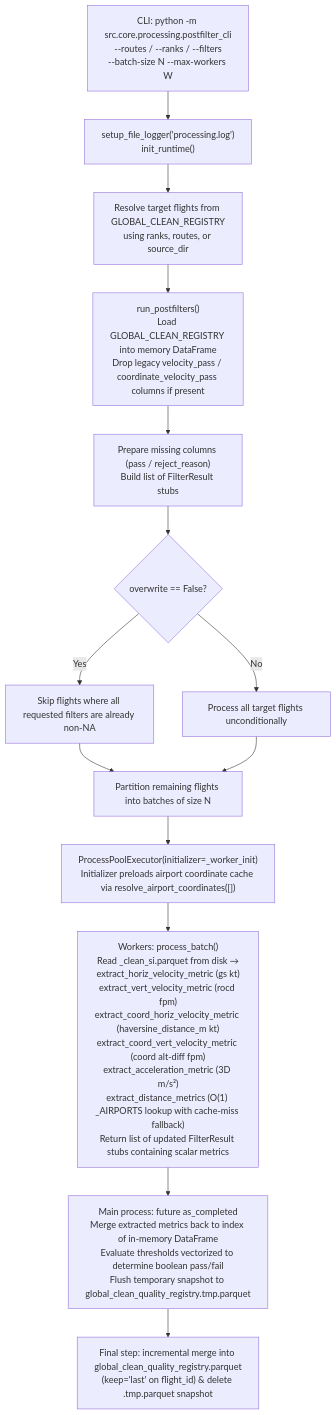
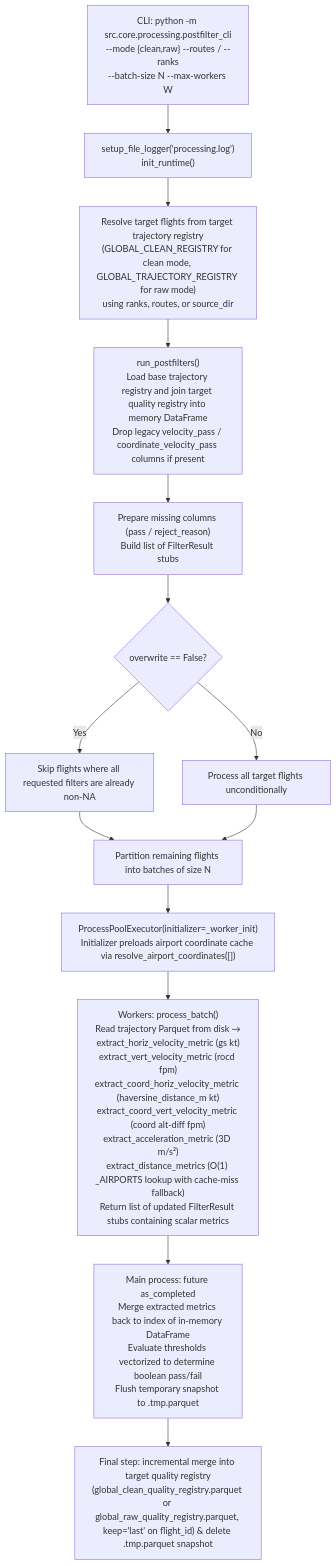
The second of 3 diagrams in src/core/processing/README.md (Bauzement123/flight-physics-pipeline), drawn with Mermaid before and after one commit. The commit also changed other lines of this file and 12 other files, not shown here.

Commit message:
feat(processing): refactor postfilter for dual-mode raw & clean trajectory quality manifests and SI unit metric extraction

````diff
--- a/src/core/processing/README.md
+++ b/src/core/processing/README.md
@@ -257,16 +257,16 @@
 ```mermaid
 flowchart TD
-    A["CLI: python -m src.core.processing.postfilter_cli\n--routes / --ranks / --filters\n--batch-size N --max-workers W"] --> B["setup_file_logger('processing.log')\ninit_runtime()"]
-    B --> C["Resolve target flights from GLOBAL_CLEAN_REGISTRY\nusing ranks, routes, or source_dir"]
-    C --> D["run_postfilters()\nLoad GLOBAL_CLEAN_REGISTRY into memory DataFrame\nDrop legacy velocity_pass / coordinate_velocity_pass columns if present"]
+    A["CLI: python -m src.core.processing.postfilter_cli\n--mode {clean,raw} --routes / --ranks\n--batch-size N --max-workers W"] --> B["setup_file_logger('processing.log')\ninit_runtime()"]
+    B --> C["Resolve target flights from target trajectory registry\n(GLOBAL_CLEAN_REGISTRY for clean mode, GLOBAL_TRAJECTORY_REGISTRY for raw mode)\nusing ranks, routes, or source_dir"]
+    C --> D["run_postfilters()\nLoad base trajectory registry and join target quality registry into memory DataFrame\nDrop legacy velocity_pass / coordinate_velocity_pass columns if present"]
     D --> E["Prepare missing columns (pass / reject_reason)\nBuild list of FilterResult stubs"]
     E --> F{"overwrite == False?"}
     F -->|Yes| G["Skip flights where all requested filters are already non-NA"]
     F -->|No| H["Process all target flights unconditionally"]
     G --> I["Partition remaining flights into batches of size N"]
     H --> I
     I --> J["ProcessPoolExecutor(initializer=_worker_init)\nInitializer preloads airport coordinate cache via resolve_airport_coordinates([])"]
-    J --> K["Workers: process_batch()\nRead _clean_si.parquet from disk →\nextract_horiz_velocity_metric (gs kt)\nextract_vert_velocity_metric (rocd fpm)\nextract_coord_horiz_velocity_metric (haversine_distance_m kt)\nextract_coord_vert_velocity_metric (coord alt-diff fpm)\nextract_acceleration_metric (3D m/s²)\nextract_distance_metrics (O(1) _AIRPORTS lookup with cache-miss fallback)\nReturn list of updated FilterResult stubs containing scalar metrics"]
-    K --> L["Main process: future as_completed\nMerge extracted metrics back to index of in-memory DataFrame\nEvaluate thresholds vectorized to determine boolean pass/fail\nFlush temporary snapshot to global_clean_quality_registry.tmp.parquet"]
-    L --> M["Final step: incremental merge into global_clean_quality_registry.parquet\n(keep='last' on flight_id) & delete .tmp.parquet snapshot"]
+    J --> K["Workers: process_batch()\nRead trajectory Parquet from disk →\nextract_horiz_velocity_metric (gs kt)\nextract_vert_velocity_metric (rocd fpm)\nextract_coord_horiz_velocity_metric (haversine_distance_m kt)\nextract_coord_vert_velocity_metric (coord alt-diff fpm)\nextract_acceleration_metric (3D m/s²)\nextract_distance_metrics (O(1) _AIRPORTS lookup with cache-miss fallback)\nReturn list of updated FilterResult stubs containing scalar metrics"]
+    K --> L["Main process: future as_completed\nMerge extracted metrics back to index of in-memory DataFrame\nEvaluate thresholds vectorized to determine boolean pass/fail\nFlush temporary snapshot to <quality_registry>.tmp.parquet"]
+    L --> M["Final step: incremental merge into target quality registry\n(global_clean_quality_registry.parquet or global_raw_quality_registry.parquet, keep='last' on flight_id) & delete .tmp.parquet snapshot"]
 ```
````
